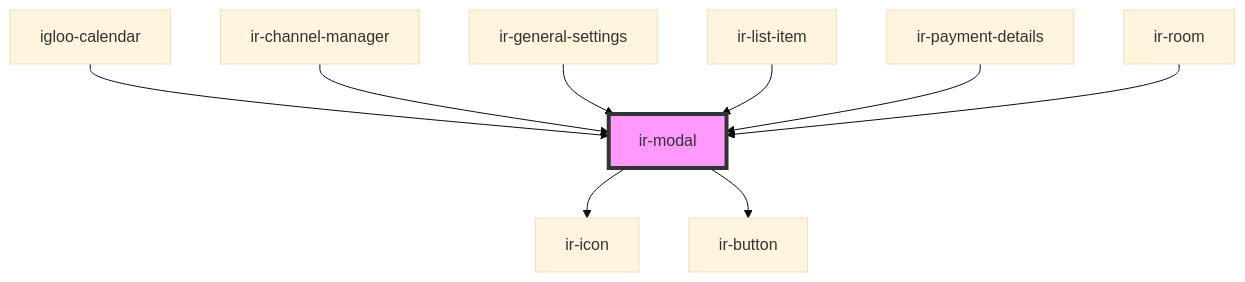
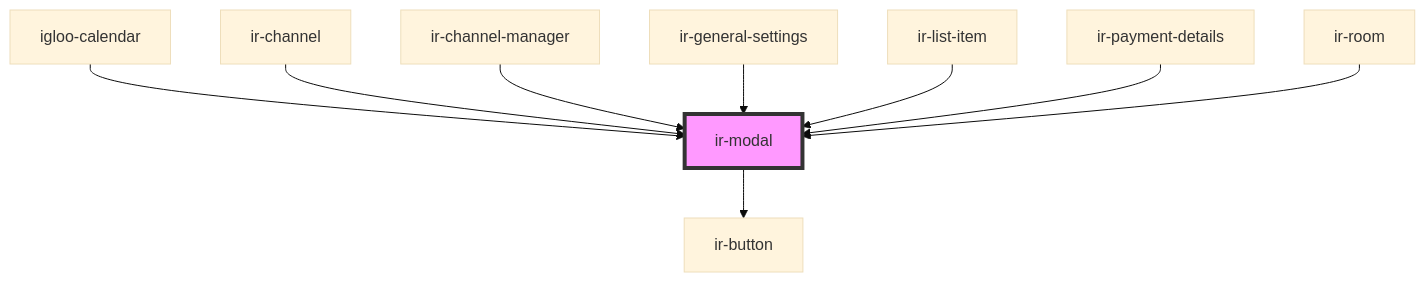
Before and after one commit to David1Chowaifaty/modified-ir-webcmp: the diagram in src/components/ir-modal/readme.md, drawn with Mermaid (base theme). The commit also changed other lines of this file and 28 other files, not shown here.

````diff
--- a/src/components/ir-modal/readme.md
+++ b/src/components/ir-modal/readme.md
@@ -74,12 +74,12 @@
 ```mermaid
 graph TD;
-  ir-modal --> ir-icon
   ir-modal --> ir-button
   igloo-calendar --> ir-modal
+  ir-channel --> ir-modal
   ir-channel-manager --> ir-modal
   ir-general-settings --> ir-modal
   ir-list-item --> ir-modal
   ir-payment-details --> ir-modal
   ir-room --> ir-modal
   style ir-modal fill:#f9f,stroke:#333,stroke-width:4px
 ```
````
